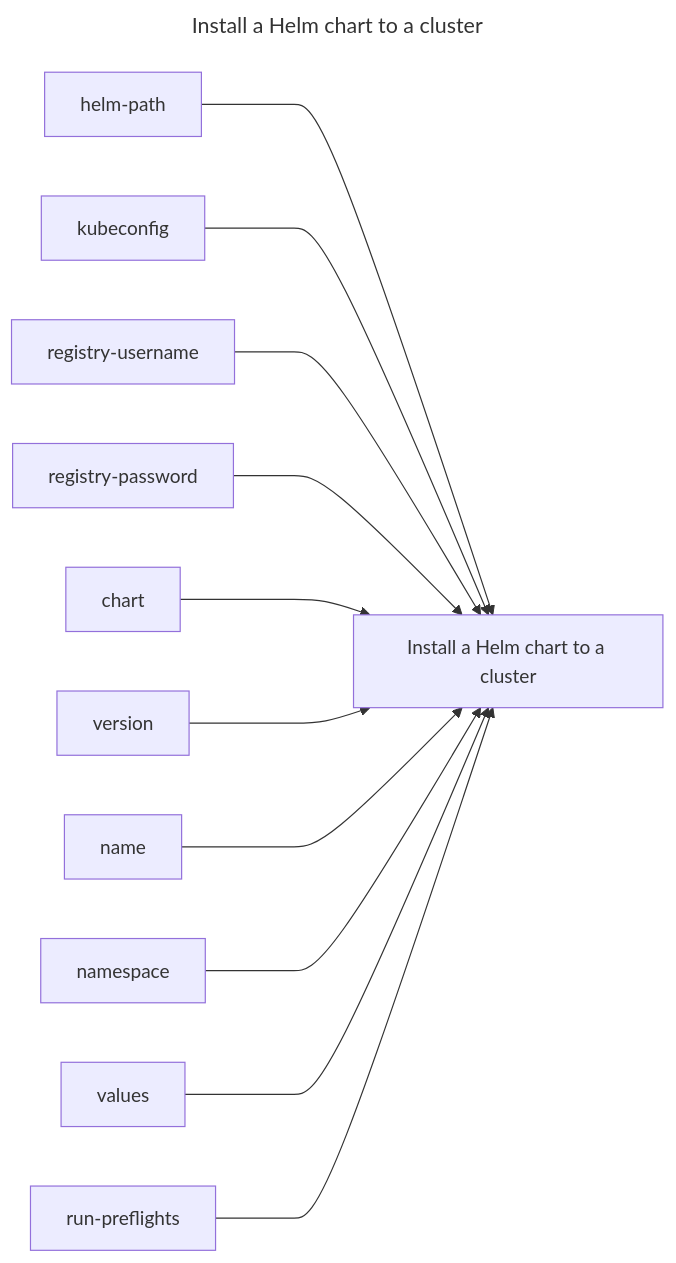
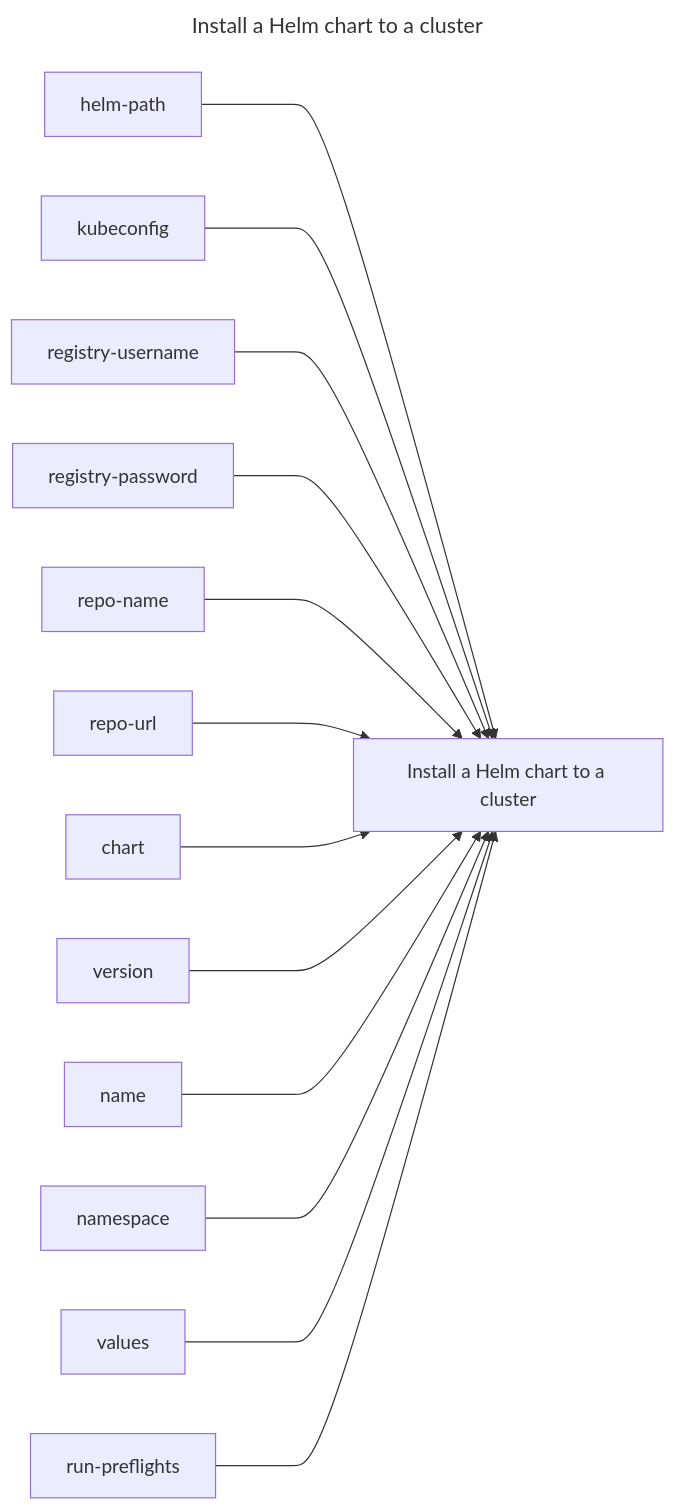
The diagram in helm-install/README.md (replicatedhq/replicated-actions), drawn with Mermaid before and after one commit. The commit also changed other lines of this file, not shown here.

Commit message:
Automated commit of npm build result and updated readme files

````diff
--- a/helm-install/README.md
+++ b/helm-install/README.md
@@ -3,27 +3,31 @@
 ```mermaid
 ---
 title: Install a Helm chart to a cluster
 ---
 graph LR
 install_a_helm_chart_to_a_cluster["Install a Helm chart to a cluster"]
 helm_path["helm-path"]
 kubeconfig["kubeconfig"]
 registry_username["registry-username"]
 registry_password["registry-password"]
+repo_name["repo-name"]
+repo_url["repo-url"]
 chart["chart"]
 version["version"]
 name["name"]
 namespace["namespace"]
 values["values"]
 run_preflights["run-preflights"]
 helm_path ---> install_a_helm_chart_to_a_cluster
 kubeconfig ---> install_a_helm_chart_to_a_cluster
 registry_username ---> install_a_helm_chart_to_a_cluster
 registry_password ---> install_a_helm_chart_to_a_cluster
+repo_name ---> install_a_helm_chart_to_a_cluster
+repo_url ---> install_a_helm_chart_to_a_cluster
 chart ---> install_a_helm_chart_to_a_cluster
 version ---> install_a_helm_chart_to_a_cluster
 name ---> install_a_helm_chart_to_a_cluster
 namespace ---> install_a_helm_chart_to_a_cluster
 values ---> install_a_helm_chart_to_a_cluster
 run_preflights ---> install_a_helm_chart_to_a_cluster
 ```
````
